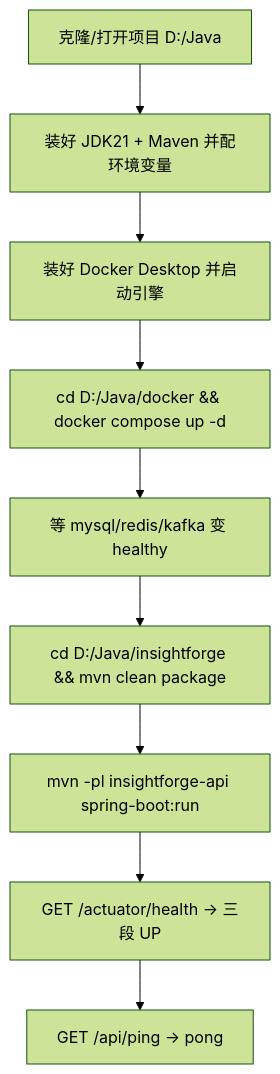
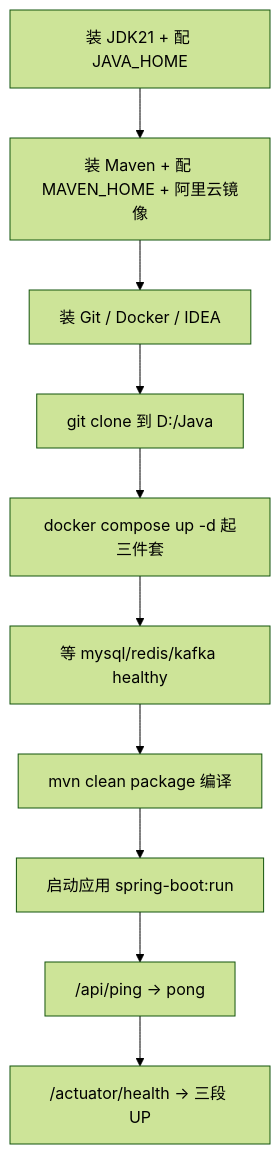
One commit to a805026135/insight-forge changed the second of 3 diagrams in specs/insightforge/tutorials/phase0.md. Above: the diagram before and after it, drawn with Mermaid (forest theme). The commit also changed other lines of this file, not shown here.

````diff
--- a/specs/insightforge/tutorials/phase0.md
+++ b/specs/insightforge/tutorials/phase0.md
@@ -387,11 +592,12 @@
 ```mermaid
 flowchart TD
-    A[克隆/打开项目 D:/Java] --> B[装好 JDK21 + Maven 并配环境变量]
-    B --> C[装好 Docker Desktop 并启动引擎]
-    C --> D["cd D:/Java/docker && docker compose up -d"]
-    D --> E[等 mysql/redis/kafka 变 healthy]
-    E --> F["cd D:/Java/insightforge && mvn clean package"]
-    F --> G["mvn -pl insightforge-api spring-boot:run"]
-    G --> H["GET /actuator/health → 三段 UP"]
-    H --> I["GET /api/ping → pong"]
+    A[装 JDK21 + 配 JAVA_HOME] --> B[装 Maven + 配 MAVEN_HOME + 阿里云镜像]
+    B --> C[装 Git / Docker / IDEA]
+    C --> D["git clone 到 D:/Java"]
+    D --> E["docker compose up -d 起三件套"]
+    E --> F[等 mysql/redis/kafka healthy]
+    F --> G["mvn clean package 编译"]
+    G --> H["启动应用 spring-boot:run"]
+    H --> I["/api/ping → pong"]
+    I --> J["/actuator/health → 三段 UP"]
 ```
````
